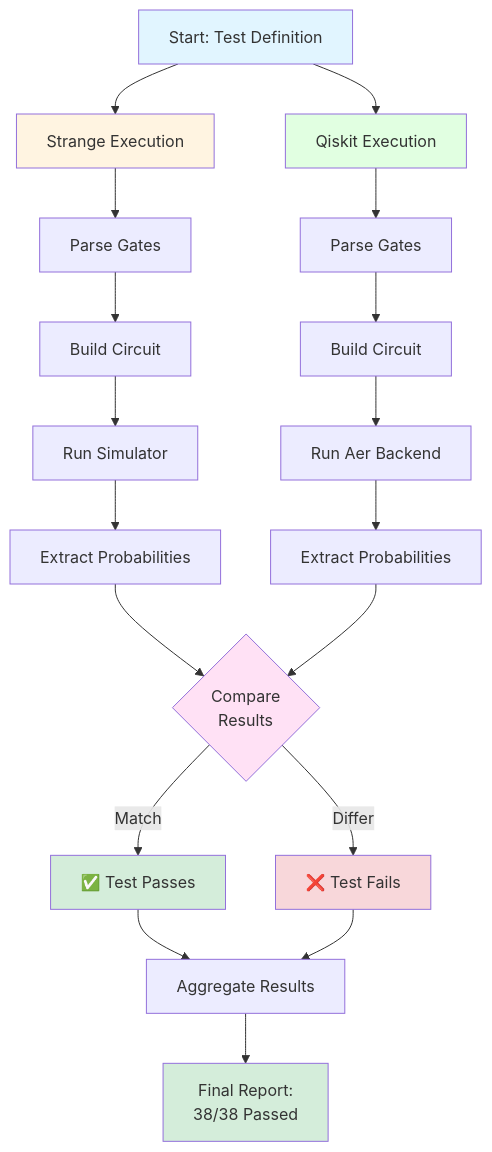
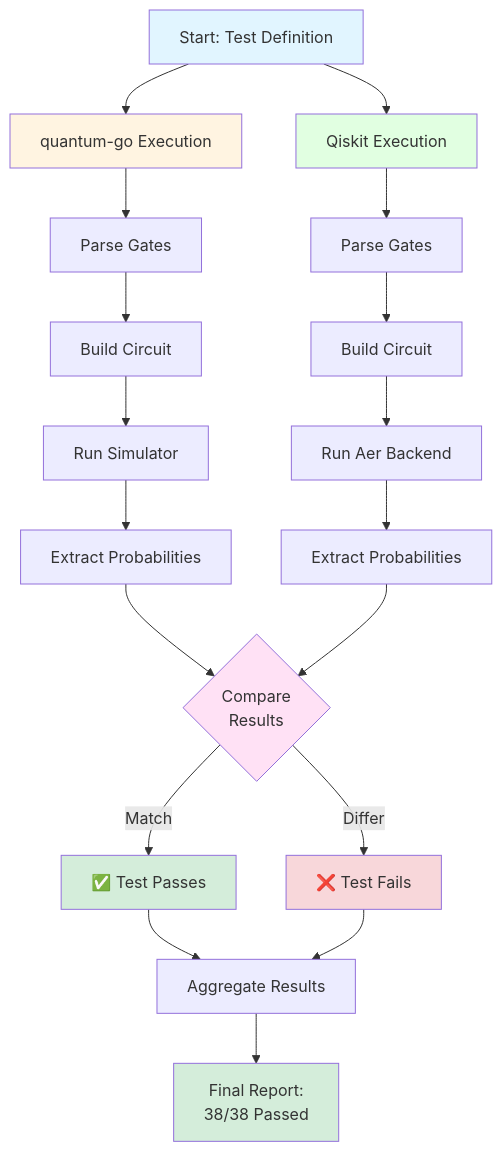
One commit to stephen-mcelhose/quantum-go changed the diagram in verification/VERIFICATION_GUIDE.md. Above: the diagram before and after it, drawn with Mermaid. The commit also changed other lines of this file and 52 other files, not shown here.

First line of the commit message:
chore: rename strange -> quantum-go across entire repo (closes #8)

````diff
--- a/verification/VERIFICATION_GUIDE.md
+++ b/verification/VERIFICATION_GUIDE.md
@@ -7,34 +7,34 @@
 ```mermaid
 graph TD
-    A[Start: Test Definition] --> B[Strange Execution]
+    A[Start: Test Definition] --> B[quantum-go Execution]
     A --> C[Qiskit Execution]
     
     B --> D[Parse Gates]
     D --> E[Build Circuit]
     E --> F[Run Simulator]
     F --> G[Extract Probabilities]
     
     C --> H[Parse Gates]
     H --> I[Build Circuit]
     I --> J[Run Aer Backend]
     J --> K[Extract Probabilities]
     
     G --> L{Compare<br/>Results}
     K --> L
     
     L -->|Match| M[✅ Test Passes]
     L -->|Differ| N[❌ Test Fails]
     
     M --> O[Aggregate Results]
     N --> O
     
     O --> P[Final Report:<br/>38/38 Passed]
     
     style A fill:#e1f5ff
     style B fill:#fff4e1
     style C fill:#e1ffe1
     style L fill:#ffe1f5
     style M fill:#d4edda
     style N fill:#f8d7da
     style P fill:#d4edda
 ```
````
